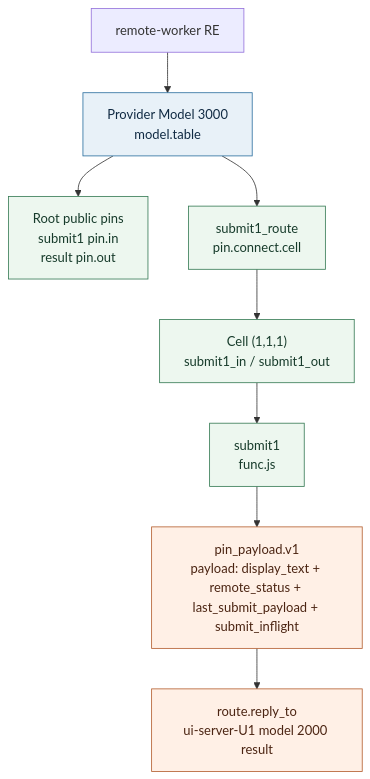
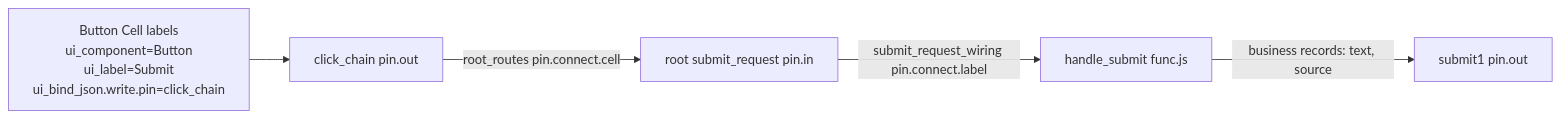
Before and after one commit to drooop/dongyu_js_core: the second of 3 diagrams in docs/user-guide/slide-app-runtime/minimal_submit_app_provider_visualized.md, drawn with Mermaid. The commit also changed other lines of this file and 16 other files, not shown here.

````diff
--- a/docs/user-guide/slide-app-runtime/minimal_submit_app_provider_visualized.md
+++ b/docs/user-guide/slide-app-runtime/minimal_submit_app_provider_visualized.md
@@ -40,17 +40,12 @@
 ```mermaid
-flowchart TB
-  R1["remote-worker RE"] --> M3000["Provider Model 3000<br/>model.table"]
-  M3000 --> Pins["Root public pins<br/>submit1 pin.in<br/>result pin.out"]
-  M3000 --> Routes["submit1_route<br/>pin.connect.cell"]
-  Routes --> ProgramCell["Cell (1,1,1)<br/>submit1_in / submit1_out"]
-  ProgramCell --> Func["submit1<br/>func.js"]
-  Func --> Result["pin_payload.v1<br/>payload: display_text + remote_status + last_submit_payload + submit_inflight"]
-  Result --> Topic["route.reply_to<br/>ui-server-U1 model 2000 result"]
-
-  classDef table fill:#e8f1f8,stroke:#2b6f9f,color:#102a43;
-  classDef pin fill:#edf7ef,stroke:#357a54,color:#173b2b;
-  classDef out fill:#fff0e6,stroke:#b35d2e,color:#4b2412;
-  class M3000 table;
-  class Pins,Routes,ProgramCell,Func pin;
-  class Result,Topic out;
+flowchart LR
+  Button["Button Cell labels<br/>ui_component=Button<br/>ui_label=Submit<br/>ui_bind_json.write.pin=click_chain"]
+  Click["click_chain pin.out"]
+  RootIn["root submit_request pin.in"]
+  Handler["handle_submit func.js"]
+  SubmitOut["submit1 pin.out"]
+  Button --> Click
+  Click -->|root_routes pin.connect.cell| RootIn
+  RootIn -->|submit_request_wiring pin.connect.label| Handler
+  Handler -->|business records: text, source| SubmitOut
 ```
````
